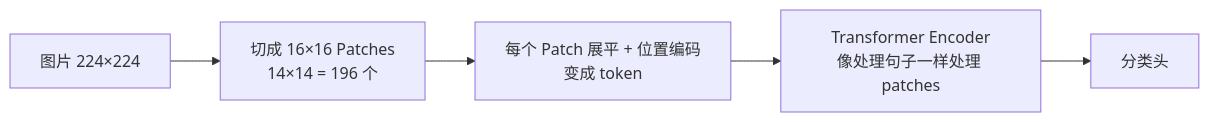
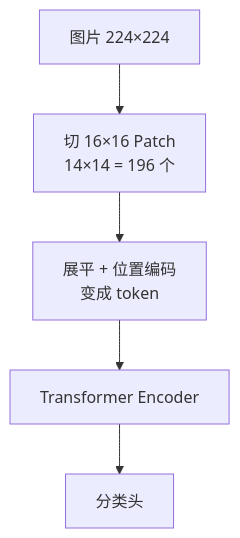
Before and after one commit to salad18/AutoDriveLearningNote: the sixth of 8 diagrams in 01-基础理论/模型架构演进.md, drawn with Mermaid. The commit also changed other lines of this file and 40 other files, not shown here.

First line of the commit message:
docs: 新增数据闭环/面试/热点系列笔记，mermaid 图统一竖排

````diff
--- a/01-基础理论/模型架构演进.md
+++ b/01-基础理论/模型架构演进.md
@@ -153,7 +143,7 @@
 ```mermaid
-graph LR
-    IMG[图片 224×224] --> PATCH[切成 16×16 Patches<br/>14×14 = 196 个]
-    PATCH --> EMB[每个 Patch 展平 + 位置编码<br/>变成 token]
-    EMB --> TR[Transformer Encoder<br/>像处理句子一样处理 patches]
+flowchart TD
+    IMG[图片 224×224] --> PATCH[切 16×16 Patch<br/>14×14 = 196 个]
+    PATCH --> EMB[展平 + 位置编码<br/>变成 token]
+    EMB --> TR[Transformer Encoder]
     TR --> CLS[分类头]
 ```
````
